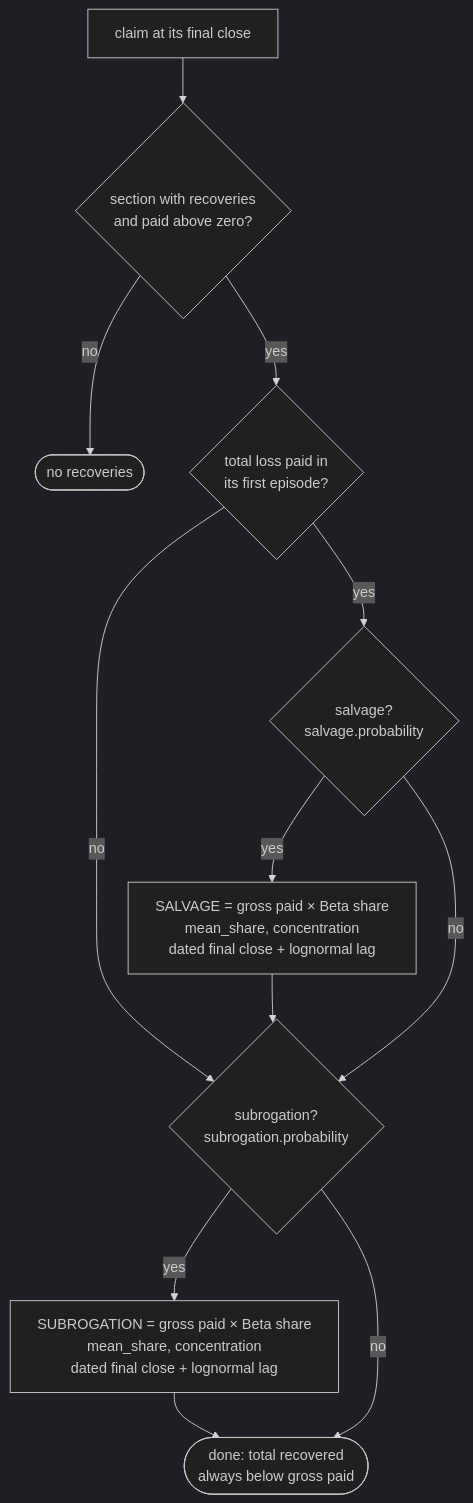
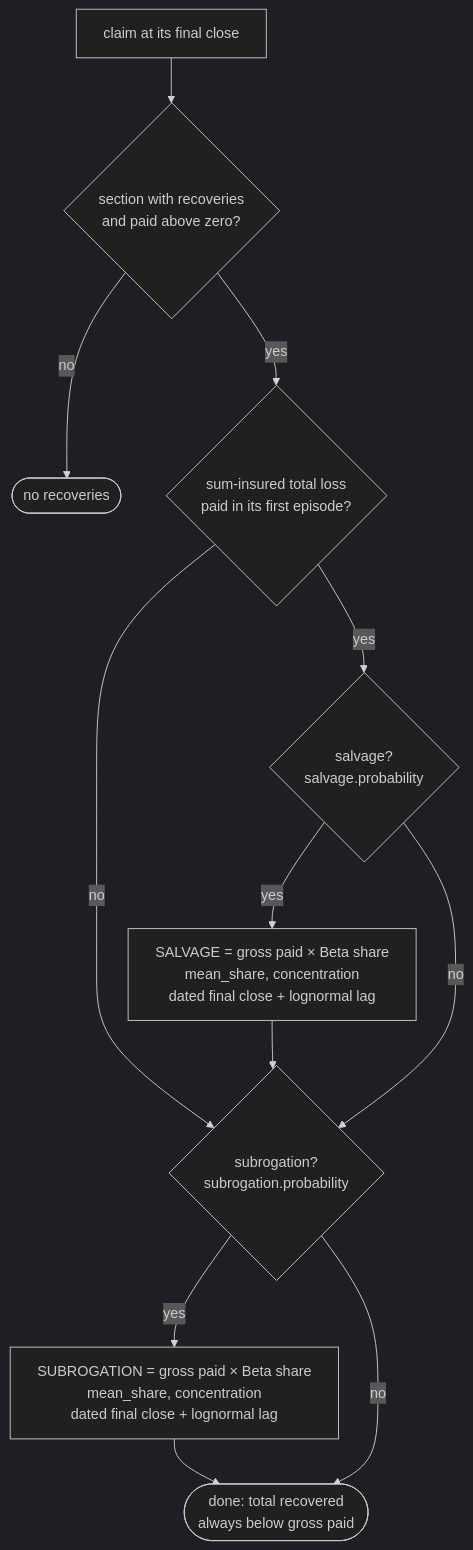
One commit to le-marais/claims-data-generator changed the seventh of 10 diagrams in README.md. Above: the diagram before and after it, drawn with Mermaid (dark theme). The commit also changed other lines of this file and 36 other files, not shown here.

````diff
--- a/README.md
+++ b/README.md
@@ -244,22 +248,22 @@
 ```mermaid
 %%{init: {"flowchart": {"wrappingWidth": 480}}}%%
 flowchart TD
     closed["claim at its final close"]
     eligible{"section with recoveries<br/>and paid above zero?"}
     noRecovery(["no recoveries"])
-    totalLoss{"total loss paid in<br/>its first episode?"}
+    totalLoss{"sum-insured total loss<br/>paid in its first episode?"}
     salvage{"salvage?<br/>salvage.probability"}
     salvageRow["SALVAGE = gross paid × Beta share<br/>mean_share, concentration<br/>dated final close + lognormal lag"]
     subrogation{"subrogation?<br/>subrogation.probability"}
     subrogationRow["SUBROGATION = gross paid × Beta share<br/>mean_share, concentration<br/>dated final close + lognormal lag"]
     done(["done: total recovered<br/>always below gross paid"])
     closed --> eligible
     eligible -- "no" --> noRecovery
     eligible -- "yes" --> totalLoss
     totalLoss -- "yes" --> salvage
     totalLoss -- "no" --> subrogation
     salvage -- "yes" --> salvageRow --> subrogation
     salvage -- "no" --> subrogation
     subrogation -- "yes" --> subrogationRow --> done
     subrogation -- "no" --> done
 ```
````
